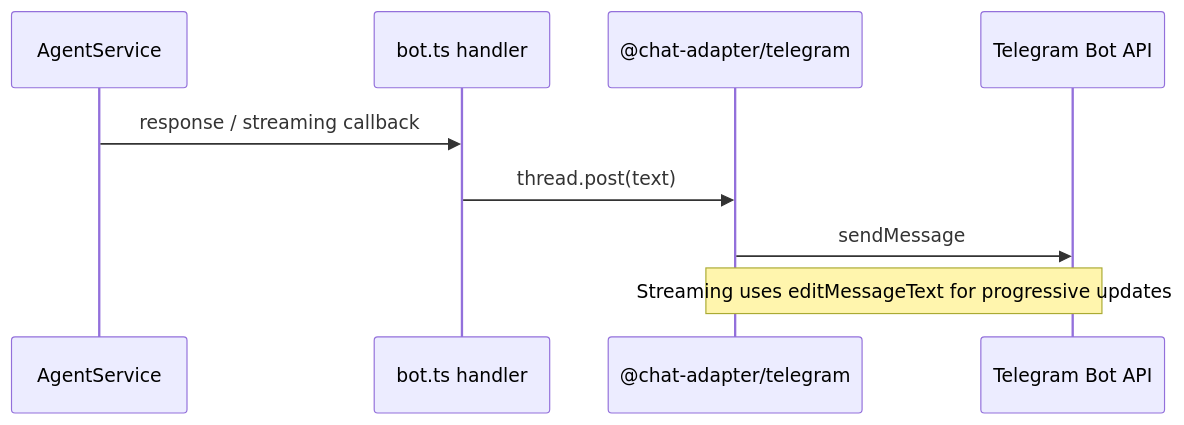
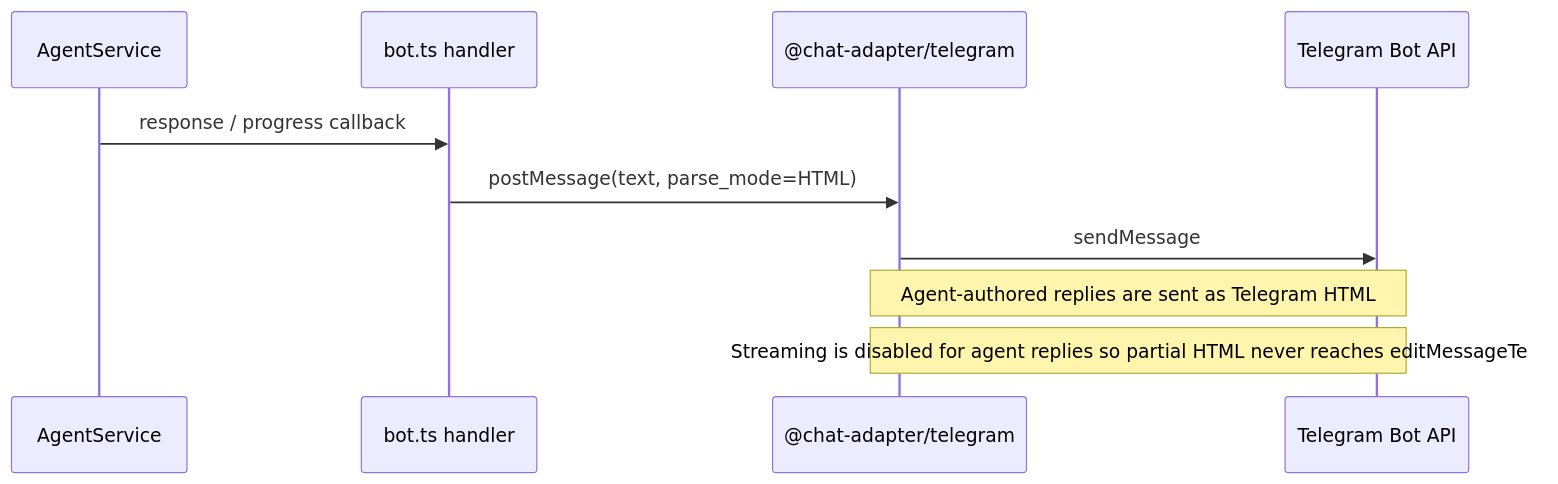
The second of 2 diagrams in docs/CHANNELS.md (punitarani/amby), drawn with Mermaid before and after one commit. The commit also changed other lines of this file and 14 other files, not shown here.

Commit message:
Fix Telegram message formatting pipeline

````diff
--- a/docs/CHANNELS.md
+++ b/docs/CHANNELS.md
@@ -42,12 +42,13 @@
 ```mermaid
 sequenceDiagram
     participant Agent as AgentService
     participant Bot as bot.ts handler
     participant CA as @chat-adapter/telegram
     participant TG as Telegram Bot API
 
-    Agent->>Bot: response / streaming callback
-    Bot->>CA: thread.post(text)
+    Agent->>Bot: response / progress callback
+    Bot->>CA: postMessage(text, parse_mode=HTML)
     CA->>TG: sendMessage
-    Note over CA,TG: Streaming uses editMessageText for progressive updates
+    Note over CA,TG: Agent-authored replies are sent as Telegram HTML
+    Note over CA,TG: Streaming is disabled for agent replies so partial HTML never reaches editMessageText
 ```
````
